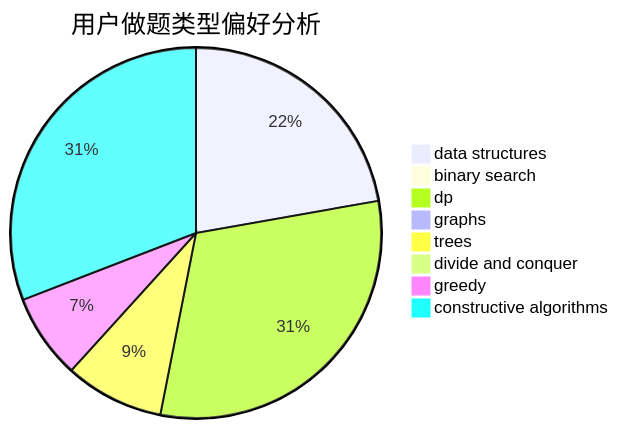
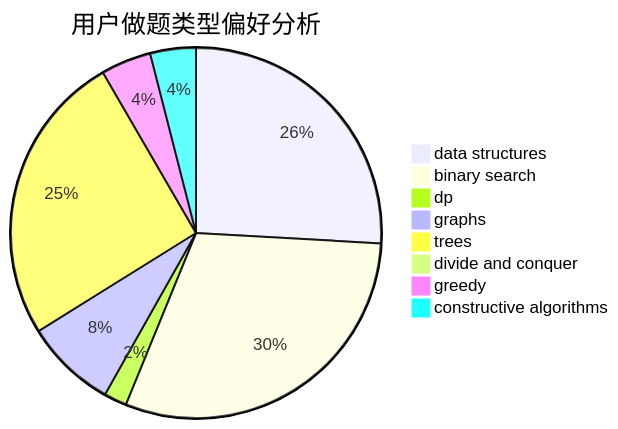
One commit to sherpahu/cfrs.github.io changed the second of 3 diagrams in docs/user/u2388.md. Above: the diagram before and after it, drawn with Mermaid. The commit also changed other lines of this file and 2770 other files, not shown here.

````diff
--- a/docs/user/u2388.md
+++ b/docs/user/u2388.md
@@ -23,11 +23,11 @@
 ```mermaid
 pie title 用户做题类型偏好分析
-    "data structures" :  18
-    "binary search" :  0
-    "dp" :  25
-    "graphs" :  0
-    "trees" :  7
-    "divide and conquer" :  0
-    "greedy" :  6
-    "constructive algorithms" :  25
+    "data structures" :  65
+    "binary search" :  76
+    "dp" :  5
+    "graphs" :  20
+    "trees" :  64
+    "divide and conquer" :  1
+    "greedy" :  11
+    "constructive algorithms" :  10
 ```
````
